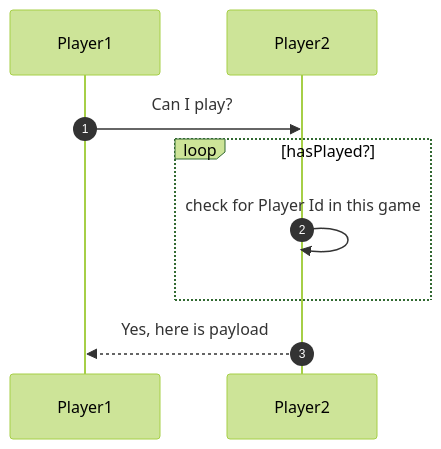
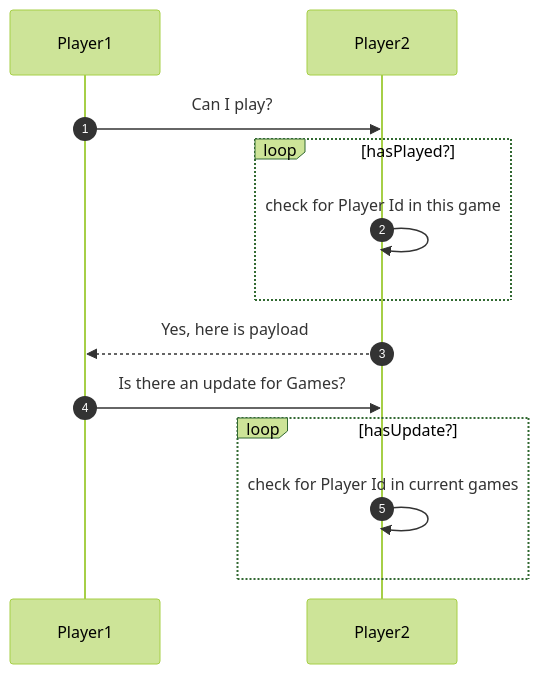
The second of 2 diagrams in README.md (JamesOsborn-SE/eat-poop-you-cat-android), drawn with Mermaid (forest theme) before and after one commit. The commit also changed other lines of this file, not shown here.

````diff
--- a/README.md
+++ b/README.md
@@ -63,9 +64,13 @@
 ```mermaid
 sequenceDiagram
     autonumber
     Player1->>Player2: Can I play?
     loop hasPlayed?
         Player2->>Player2: check for Player Id in this game
     end
     Player2-->>Player1: Yes, here is payload
+    Player1->>Player2: Is there an update for Games?
+    loop hasUpdate?
+        Player2->>Player2: check for Player Id in current games
+    end
 ```
````
